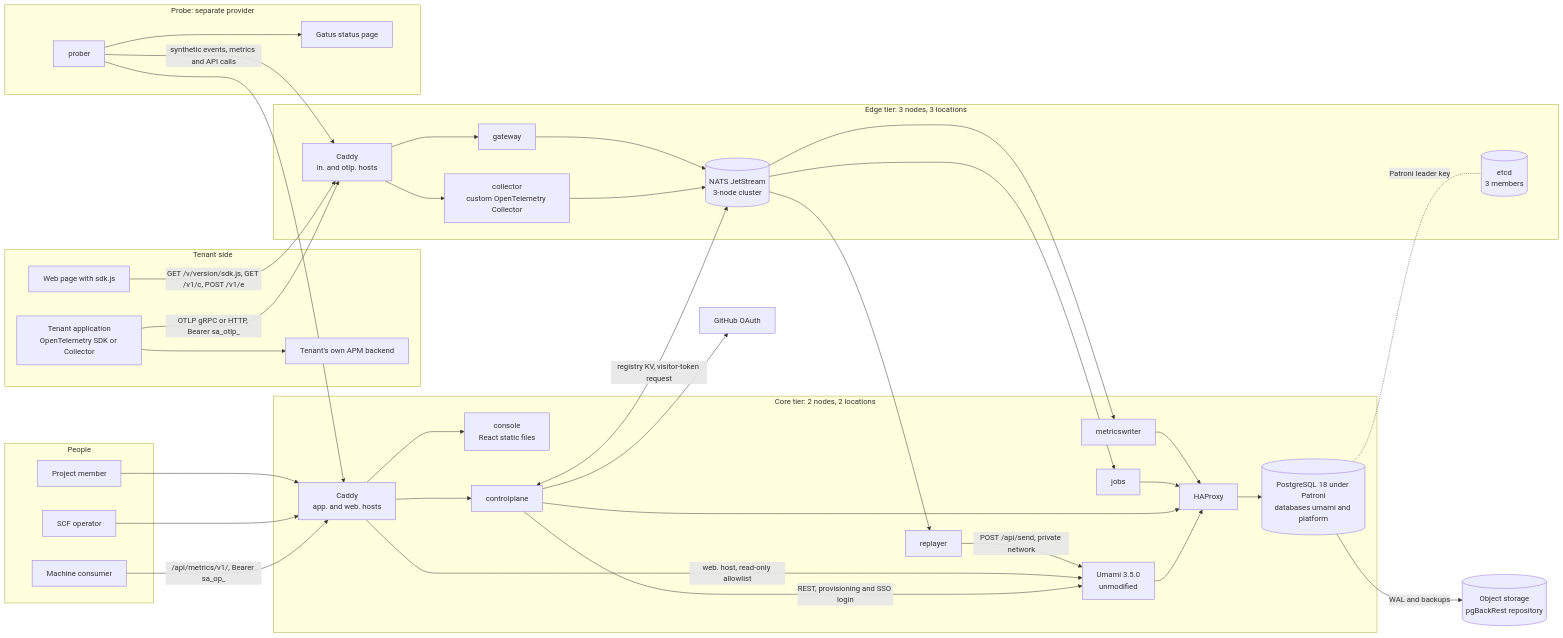
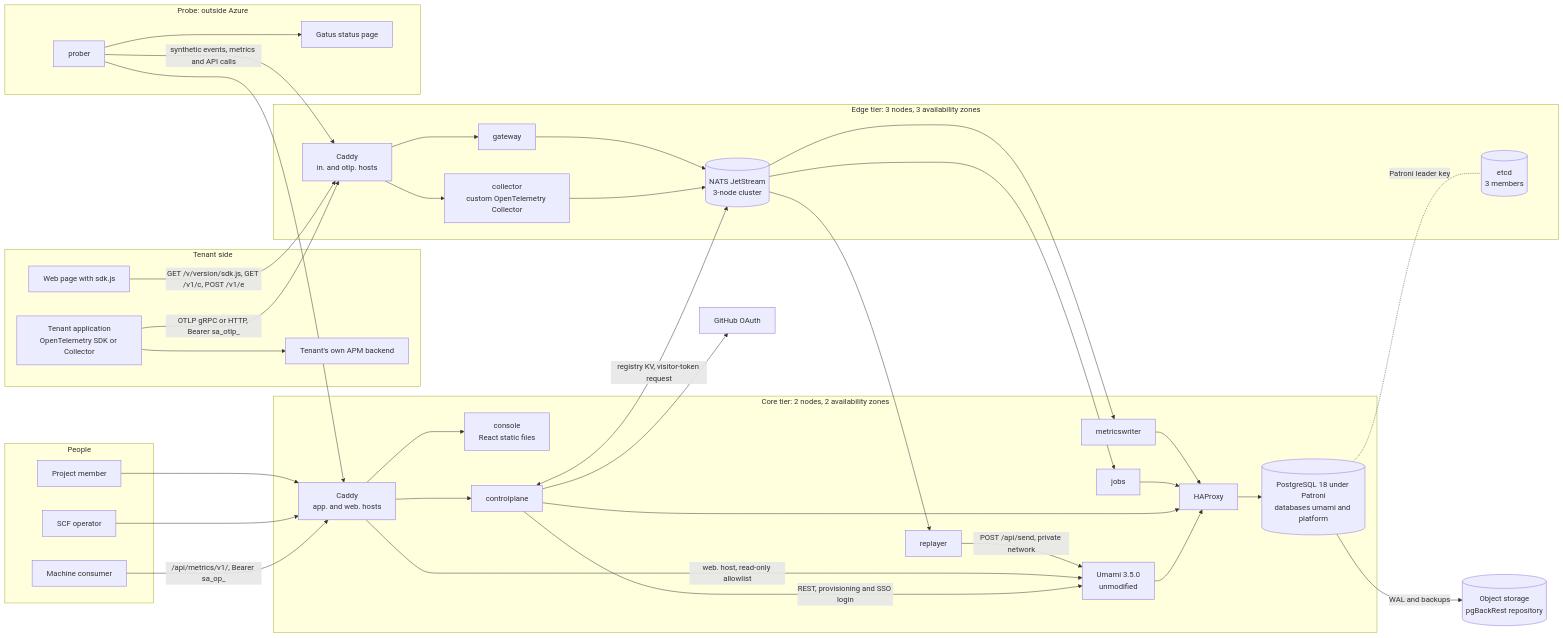
Before and after one commit to justmert/veristar: the first of 5 diagrams in docs/architecture.md, drawn with Mermaid. The commit also changed other lines of this file and 190 other files, not shown here.

````diff
--- a/docs/architecture.md
+++ b/docs/architecture.md
@@ -12,71 +15,71 @@
 ```mermaid
 flowchart LR
   subgraph tenant["Tenant side"]
     page["Web page with sdk.js"]
     app["Tenant application<br/>OpenTelemetry SDK or Collector"]
     apm["Tenant's own APM backend"]
   end
   subgraph users["People"]
     member["Project member"]
     op["SCF operator"]
     machine["Machine consumer"]
   end
 
-  subgraph edge["Edge tier: 3 nodes, 3 locations"]
+  subgraph edge["Edge tier: 3 nodes, 3 availability zones"]
     ecaddy["Caddy<br/>in. and otlp. hosts"]
     gw["gateway"]
     col["collector<br/>custom OpenTelemetry Collector"]
     nats[("NATS JetStream<br/>3-node cluster")]
     etcd[("etcd<br/>3 members")]
   end
 
-  subgraph core["Core tier: 2 nodes, 2 locations"]
+  subgraph core["Core tier: 2 nodes, 2 availability zones"]
     ccaddy["Caddy<br/>app. and web. hosts"]
     console["console<br/>React static files"]
     cp["controlplane"]
     umami["Umami 3.5.0<br/>unmodified"]
     rep["replayer"]
     mw["metricswriter"]
     jobs["jobs"]
     hap["HAProxy"]
     pg[("PostgreSQL 18 under Patroni<br/>databases umami and platform")]
   end
 
   backup[("Object storage<br/>pgBackRest repository")]
-  subgraph probe["Probe: separate provider"]
+  subgraph probe["Probe: outside Azure"]
     prober["prober"]
     gatus["Gatus status page"]
   end
   github["GitHub OAuth"]
 
   page -- "GET /v/version/sdk.js, GET /v1/c, POST /v1/e" --> ecaddy
   app -- "OTLP gRPC or HTTP, Bearer sa_otlp_" --> ecaddy
   app --> apm
   ecaddy --> gw
   ecaddy --> col
   gw --> nats
   col --> nats
   nats --> rep
   nats --> mw
   nats --> jobs
   rep -- "POST /api/send, private network" --> umami
   mw --> hap
   jobs --> hap
   cp --> hap
   umami --> hap
   hap --> pg
   pg -. "Patroni leader key" .- etcd
   pg -- "WAL and backups" --> backup
   member --> ccaddy
   op --> ccaddy
   machine -- "/api/metrics/v1/, Bearer sa_op_" --> ccaddy
   ccaddy --> console
   ccaddy --> cp
   ccaddy -- "web. host, read-only allowlist" --> umami
   cp -- "REST, provisioning and SSO login" --> umami
   cp <-- "registry KV, visitor-token request" --> nats
   cp --> github
   prober -- "synthetic events, metrics and API calls" --> ecaddy
   prober --> ccaddy
   prober --> gatus
 ```
````
